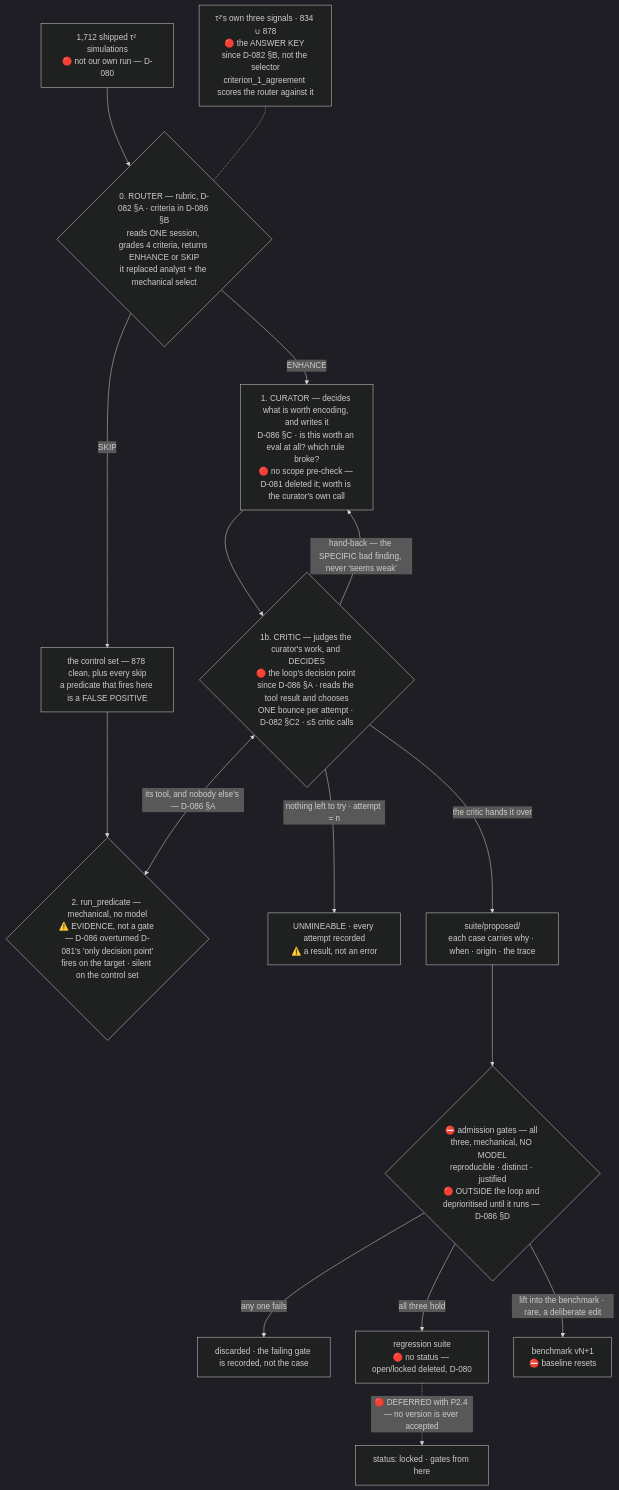
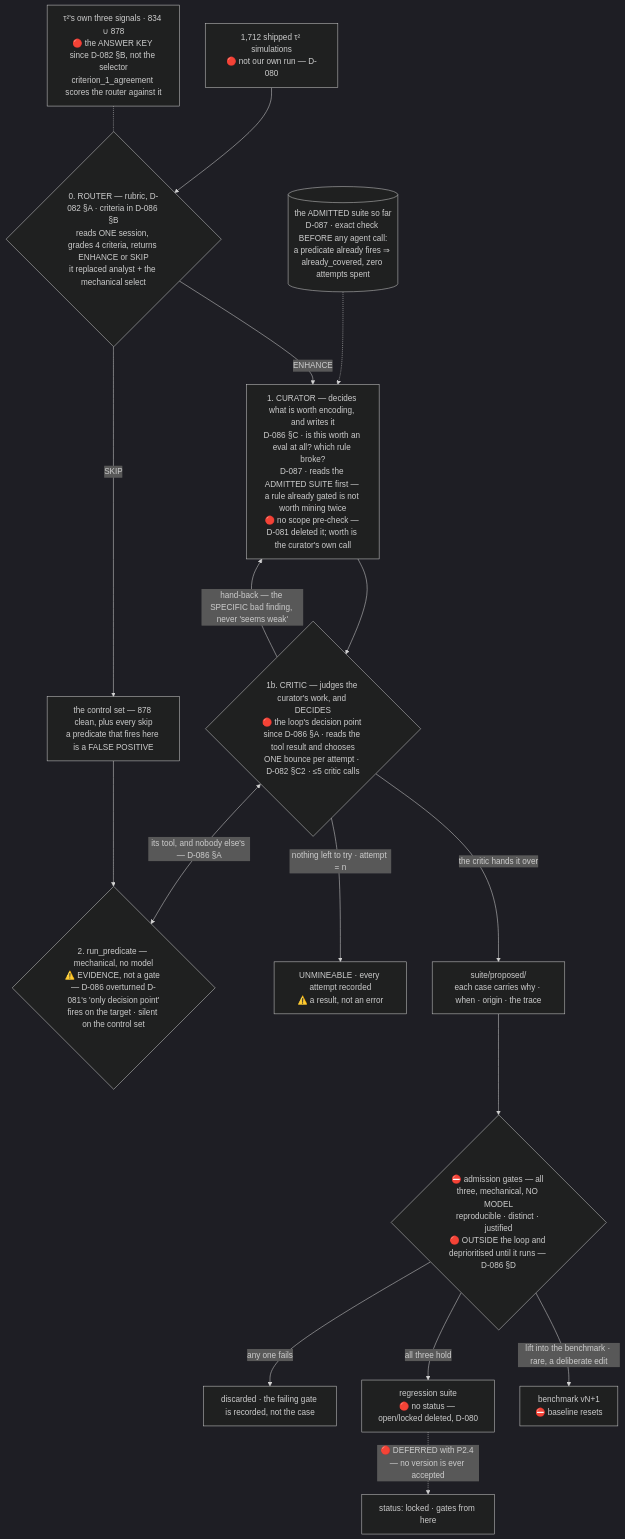
One commit to sandeepyadav1478/touchstone changed the diagram in docs/02-gates.md. Above: the diagram before and after it, drawn with Mermaid (dark theme). The commit also changed other lines of this file and 5 other files, not shown here.

First line of the commit message:
D-087: the curator checks its candidate against the suite that already exists

````diff
--- a/docs/02-gates.md
+++ b/docs/02-gates.md
@@ -363,18 +363,19 @@
 ```mermaid
 flowchart TB
+  SUITE0[("the ADMITTED suite so far<br/>D-087 · exact check BEFORE any agent call:<br/>a predicate already fires ⇒ already_covered, zero attempts spent")] -.-> TRANS
   SCORE["1,712 shipped τ² simulations<br/>🔴 not our own run — D-080"] --> ROUTER{"0. ROUTER — rubric, D-082 §A · criteria in D-086 §B<br/>reads ONE session, grades 4 criteria, returns ENHANCE or SKIP<br/>it replaced analyst + the mechanical select"}
   ROUTER -->|SKIP| CLEAN["the control set — 878 clean, plus every skip<br/>a predicate that fires here is a FALSE POSITIVE"]
   KEY["τ²'s own three signals · 834 ∪ 878<br/>🔴 the ANSWER KEY since D-082 §B, not the selector<br/>criterion_1_agreement scores the router against it"] -.- ROUTER
-  ROUTER -->|ENHANCE| TRANS["1. CURATOR — decides what is worth encoding, and writes it<br/>D-086 §C · is this worth an eval at all? which rule broke?<br/>🔴 no scope pre-check — D-081 deleted it; worth is the curator's own call"]
+  ROUTER -->|ENHANCE| TRANS["1. CURATOR — decides what is worth encoding, and writes it<br/>D-086 §C · is this worth an eval at all? which rule broke?<br/>D-087 · reads the ADMITTED SUITE first — a rule already gated is not worth mining twice<br/>🔴 no scope pre-check — D-081 deleted it; worth is the curator's own call"]
   TRANS --> CRIT{"1b. CRITIC — judges the curator's work, and DECIDES<br/>🔴 the loop's decision point since D-086 §A · reads the tool result and chooses<br/>ONE bounce per attempt · D-082 §C2 · ≤5 critic calls"}
   CRIT <-->|"its tool, and nobody else's — D-086 §A"| TEST{"2. run_predicate — mechanical, no model<br/>⚠️ EVIDENCE, not a gate — D-086 overturned D-081's 'only decision point'<br/>fires on the target · silent on the control set"}
   CLEAN --> TEST
   CRIT -->|"hand-back — the SPECIFIC bad finding, never 'seems weak'"| TRANS
   CRIT -->|"nothing left to try · attempt = n"| UNM["UNMINEABLE · every attempt recorded<br/>⚠️ a result, not an error"]
   CRIT -->|"the critic hands it over"| PROP["suite/proposed/<br/>each case carries why · when · origin · the trace"]
   PROP --> ADMIT{"⛔ admission gates — all three, mechanical, NO MODEL<br/>reproducible · distinct · justified<br/>🔴 OUTSIDE the loop and deprioritised until it runs — D-086 §D"}
   ADMIT -->|any one fails| DROP["discarded · the failing gate is recorded, not the case"]
   ADMIT -->|all three hold| REG["regression suite<br/>🔴 no status — open/locked deleted, D-080"]
   REG -.->|"🔴 DEFERRED with P2.4 — no version is ever accepted"| LOCK["status: locked · gates from here"]
   ADMIT -->|"lift into the benchmark · rare, a deliberate edit"| BENCH["benchmark vN+1<br/>⛔ baseline resets"]
 ```
````
